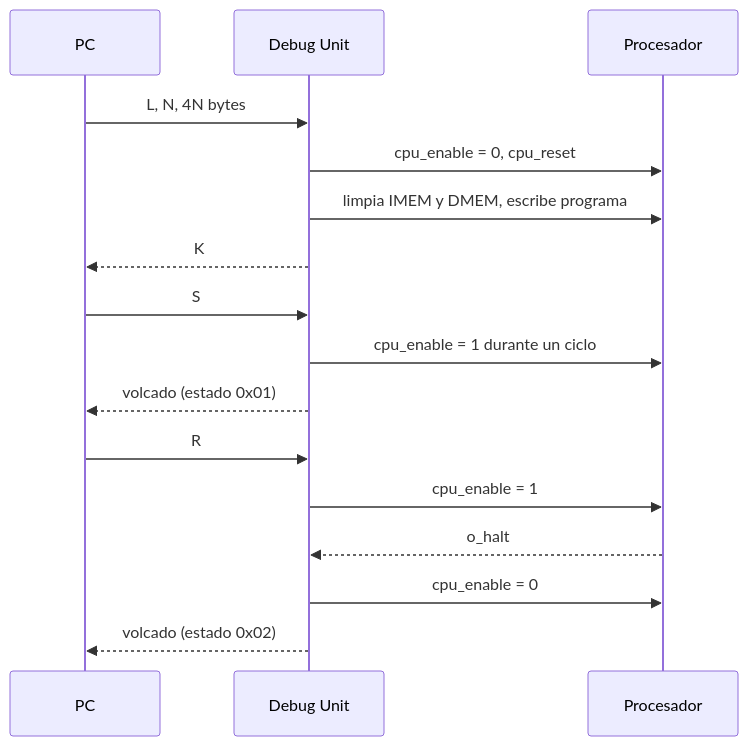
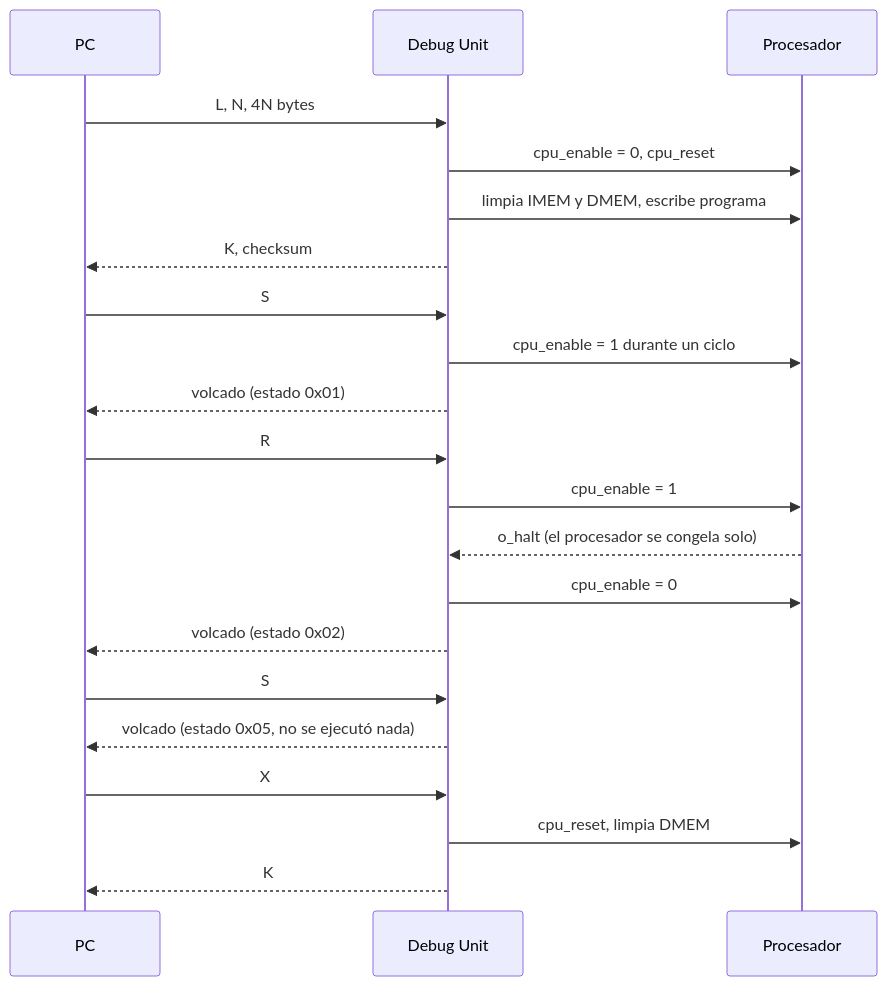
One commit to Tuteku/TP-Arquitectura-comp changed the first of 2 diagrams in docs/protocolo.md. Above: the diagram before and after it, drawn with Mermaid. The commit also changed other lines of this file and 1 other file, not shown here.

First line of the commit message:
docs(protocolo): completa reglas, errores y detalle del volcado

````diff
--- a/docs/protocolo.md
+++ b/docs/protocolo.md
@@ -114,18 +199,23 @@
 ```mermaid
 sequenceDiagram
     participant PC
     participant DU as Debug Unit
     participant CPU as Procesador
     PC->>DU: L, N, 4N bytes
     DU->>CPU: cpu_enable = 0, cpu_reset
     DU->>CPU: limpia IMEM y DMEM, escribe programa
-    DU-->>PC: K
+    DU-->>PC: K, checksum
     PC->>DU: S
     DU->>CPU: cpu_enable = 1 durante un ciclo
     DU-->>PC: volcado (estado 0x01)
     PC->>DU: R
     DU->>CPU: cpu_enable = 1
-    CPU-->>DU: o_halt
+    CPU-->>DU: o_halt (el procesador se congela solo)
     DU->>CPU: cpu_enable = 0
     DU-->>PC: volcado (estado 0x02)
+    PC->>DU: S
+    DU-->>PC: volcado (estado 0x05, no se ejecutó nada)
+    PC->>DU: X
+    DU->>CPU: cpu_reset, limpia DMEM
+    DU-->>PC: K
 ```
````
